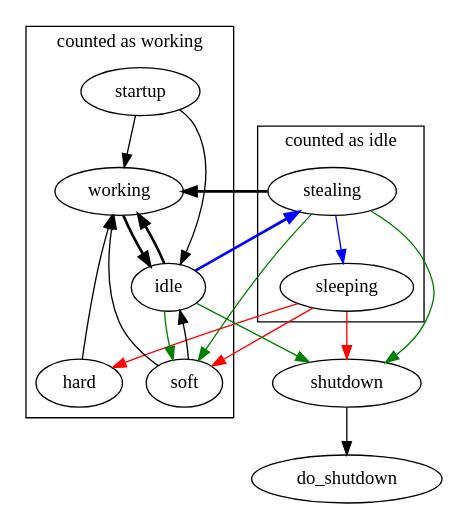
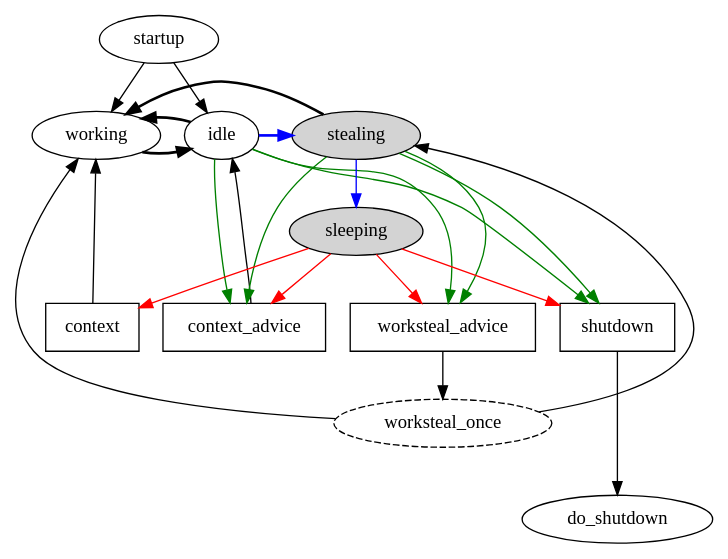
One commit to PaulBone/pbone_thesis changed the diagram in pics/engine_state.dot. Above: the diagram before and after it, drawn with Graphviz.

Commit message:
Final engine state diagram.

```diff
--- a/pics/engine_state.dot
+++ b/pics/engine_state.dot
@@ -1,68 +1,102 @@
 digraph G {
-    /* rankdir=LR; */
+//    rankdir=LR;
+
+    { rank=source; startup };
+    { rank=same; context; context_advice; worksteal_advice };
+    //{ rank=same; stealing; sleeping; };
+    { rank=sink; do_shutdown };
+    { rank=same; working; idle; stealing; };
+
+    // { rank=same; working; idle; sleeping; };
 
 /*
-    { rank=same; working; }
-    { rank=same; idle; stealing; };
-    { rank=same; sleeping; }
-    { rank=same; shutdown; soft; hard; };
+    //subgraph cluster_working {
+
+        //working;
+        //idle;
+        context_advice [label="context or worksteal advice" shape=rectangle];
+        context_advice2 [label="context_advice" shape=rectangle];
+        context [shape=rectangle];
+        //worksteal [shape=rectangle];
+    //    label = "counted as working";
+    //}
 */
+
+/*
     subgraph cluster_idle {
+
         stealing;
         sleeping;
+        soft_was_stealing [label="context or worksteal advice" shape=rectangle];
         label = "counted as idle";
     };
+*/
 
-    subgraph cluster_working {
-        { rank=source; startup };
-        { rank=same; soft; hard; };
-        /*
-        { rank=same; working; idle; };
-        */
-        soft;
-        hard;
-        working;
-        idle;
-        label = "counted as working";
-    }
+    // Styles for 'idle' states.
+    sleeping [style=filled fillcolor=lightgrey];
+    stealing [style=filled fillcolor=lightgrey];
 
-    { rank=sink; do_shutdown };
+    // Shapes for notifications
+    shutdown [shape=rectangle];
+    context [shape=rectangle];
+    context_advice [shape=rectangle];
+    worksteal_advice [shape=rectangle];
 
-    /* Write ordered transitions */
-    soft -> working;
-    hard -> working;
+    // Illistrative only.
+    worksteal_once [style=dashed];
 
-    soft -> idle;
+    /*
+     * Normal operation.
+     */
+    
+    // Primordial engine.
+    startup -> working;
+    
+    // Worker engines.
+    startup -> idle;
 
+    // Finished work.
     working -> idle [style=bold];
+
+    // Looking for work.
     idle -> working [style=bold];
     stealing -> working [style=bold];
+    // Other transitions use CAS below.
 
-    startup -> idle;
-    startup -> working;
+    // Respond to notifications.
+    shutdown -> do_shutdown;
 
-    shutdown -> do_shutdown;
+    // We do the same action as idle does anyway.
+    context_advice -> idle;
+
+    worksteal_advice -> worksteal_once;
+
+    worksteal_once -> working;
+    worksteal_once -> stealing;
+
+    context -> working;
 
     /* CAS Transitions */
     edge [color=blue];
     idle -> stealing [style=bold];
     stealing -> sleeping;
 
     /* Locked transitions from other engines */
     edge [color=red];
-    sleeping -> hard;
-    sleeping -> soft;
+    sleeping -> context;
+    sleeping -> context_advice;
+    sleeping -> worksteal_advice;
     sleeping -> shutdown;
 
     /* CAS transitions from other engines */
     edge [color=green];
-    idle -> soft;
-    stealing -> soft;
-    
-    /* safe because there will be no other work */
+    idle -> context_advice;
+    idle -> worksteal_advice;
+    stealing -> context_advice;
+    stealing -> worksteal_advice;
+
+    // safe because there will be no other work
     idle -> shutdown;
     stealing -> shutdown;
 
-    /* Unused */
-    // working -> notified_soft [style=dashed]; /* Unused */
 }
```
